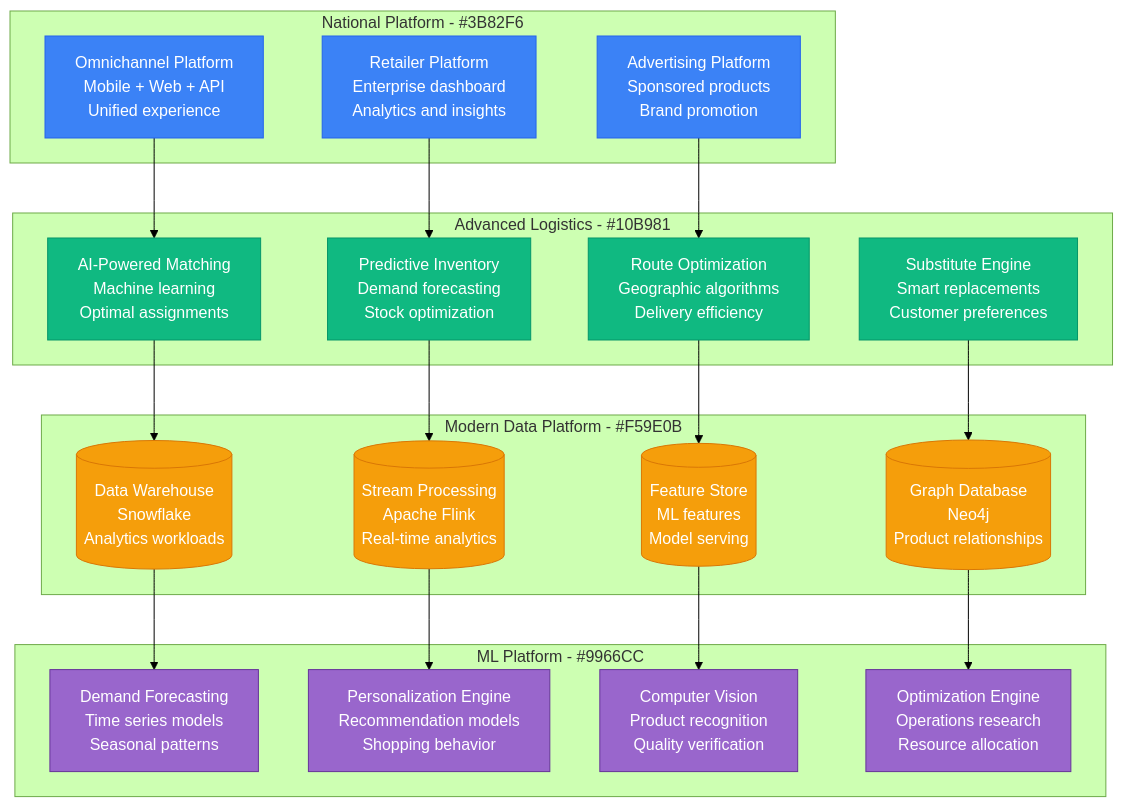
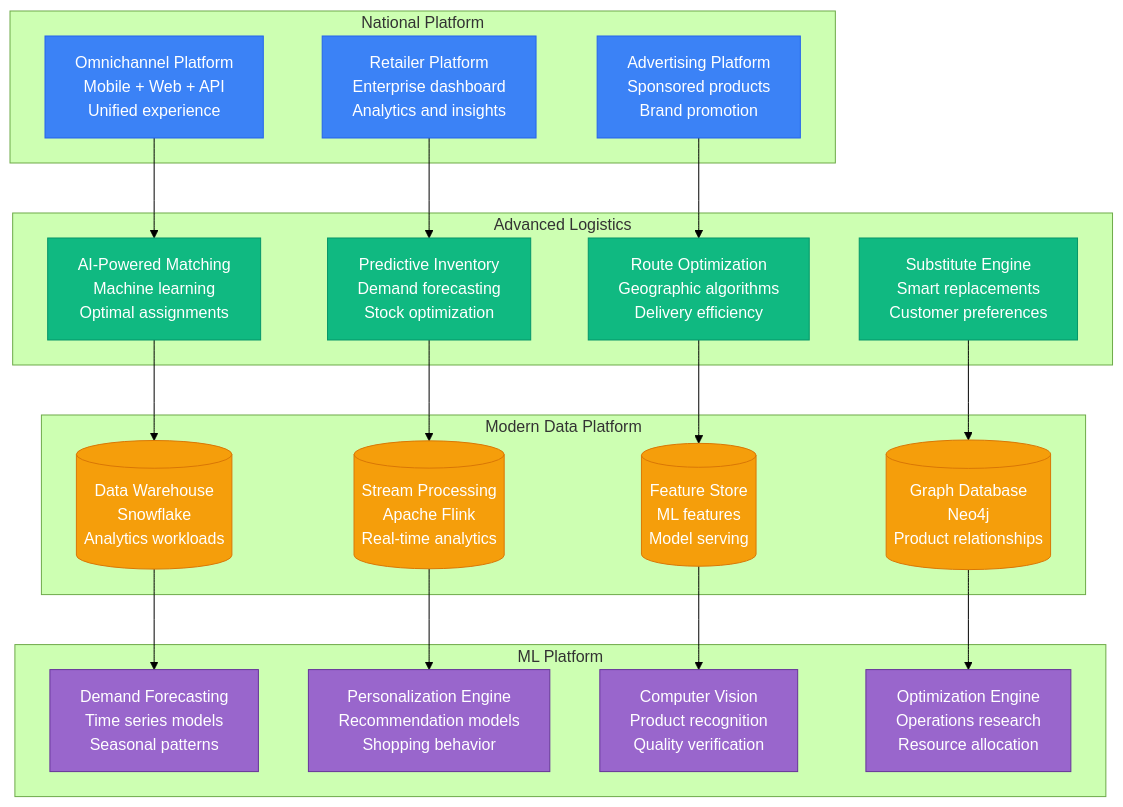
The third of 3 diagrams in site/docs/scaling/instacart-scale-evolution.md (deepaucksharma/DS), drawn with Mermaid (forest theme) before and after one commit. The commit also changed other lines of this file and 169 other files, not shown here.

````diff
--- a/site/docs/scaling/instacart-scale-evolution.md
+++ b/site/docs/scaling/instacart-scale-evolution.md
@@ -145,52 +145,52 @@
 ```mermaid
 graph TB
-    subgraph NationalPlatform[National Platform - #3B82F6]
+    subgraph NationalPlatform["National Platform"]
         OMNICHANNEL[Omnichannel Platform<br/>Mobile + Web + API<br/>Unified experience]
         RETAILER_PLATFORM[Retailer Platform<br/>Enterprise dashboard<br/>Analytics and insights]
         ADVERTISING_PLATFORM[Advertising Platform<br/>Sponsored products<br/>Brand promotion]
     end
 
-    subgraph AdvancedLogistics[Advanced Logistics - #10B981]
+    subgraph AdvancedLogistics["Advanced Logistics"]
         AI_MATCHING[AI-Powered Matching<br/>Machine learning<br/>Optimal assignments]
         PREDICTIVE_INVENTORY[Predictive Inventory<br/>Demand forecasting<br/>Stock optimization]
         ROUTE_OPTIMIZATION[Route Optimization<br/>Geographic algorithms<br/>Delivery efficiency]
         SUBSTITUTE_ENGINE[Substitute Engine<br/>Smart replacements<br/>Customer preferences]
     end
 
-    subgraph DataPlatform[Modern Data Platform - #F59E0B]
+    subgraph DataPlatform["Modern Data Platform"]
         DATA_WAREHOUSE[(Data Warehouse<br/>Snowflake<br/>Analytics workloads)]
         STREAM_PROCESSING[(Stream Processing<br/>Apache Flink<br/>Real-time analytics)]
         FEATURE_STORE[(Feature Store<br/>ML features<br/>Model serving)]
         GRAPH_DATABASE[(Graph Database<br/>Neo4j<br/>Product relationships)]
     end
 
-    subgraph MLPlatform[ML Platform - #9966CC]
+    subgraph MLPlatform["ML Platform"]
         DEMAND_FORECASTING[Demand Forecasting<br/>Time series models<br/>Seasonal patterns]
         PERSONALIZATION[Personalization Engine<br/>Recommendation models<br/>Shopping behavior]
         COMPUTER_VISION[Computer Vision<br/>Product recognition<br/>Quality verification]
         OPTIMIZATION_ENGINE[Optimization Engine<br/>Operations research<br/>Resource allocation]
     end
 
     OMNICHANNEL --> AI_MATCHING
     RETAILER_PLATFORM --> PREDICTIVE_INVENTORY
     ADVERTISING_PLATFORM --> ROUTE_OPTIMIZATION
     AI_MATCHING --> DATA_WAREHOUSE
     PREDICTIVE_INVENTORY --> STREAM_PROCESSING
     ROUTE_OPTIMIZATION --> FEATURE_STORE
     SUBSTITUTE_ENGINE --> GRAPH_DATABASE
 
     DATA_WAREHOUSE --> DEMAND_FORECASTING
     STREAM_PROCESSING --> PERSONALIZATION
     FEATURE_STORE --> COMPUTER_VISION
     GRAPH_DATABASE --> OPTIMIZATION_ENGINE
 
     classDef platformStyle fill:#3B82F6,stroke:#2563EB,color:#fff
     classDef logisticsStyle fill:#10B981,stroke:#059669,color:#fff
     classDef dataStyle fill:#F59E0B,stroke:#D97706,color:#fff
     classDef mlStyle fill:#9966CC,stroke:#663399,color:#fff
 
     class OMNICHANNEL,RETAILER_PLATFORM,ADVERTISING_PLATFORM platformStyle
     class AI_MATCHING,PREDICTIVE_INVENTORY,ROUTE_OPTIMIZATION,SUBSTITUTE_ENGINE logisticsStyle
     class DATA_WAREHOUSE,STREAM_PROCESSING,FEATURE_STORE,GRAPH_DATABASE dataStyle
     class DEMAND_FORECASTING,PERSONALIZATION,COMPUTER_VISION,OPTIMIZATION_ENGINE mlStyle
 ```
````
